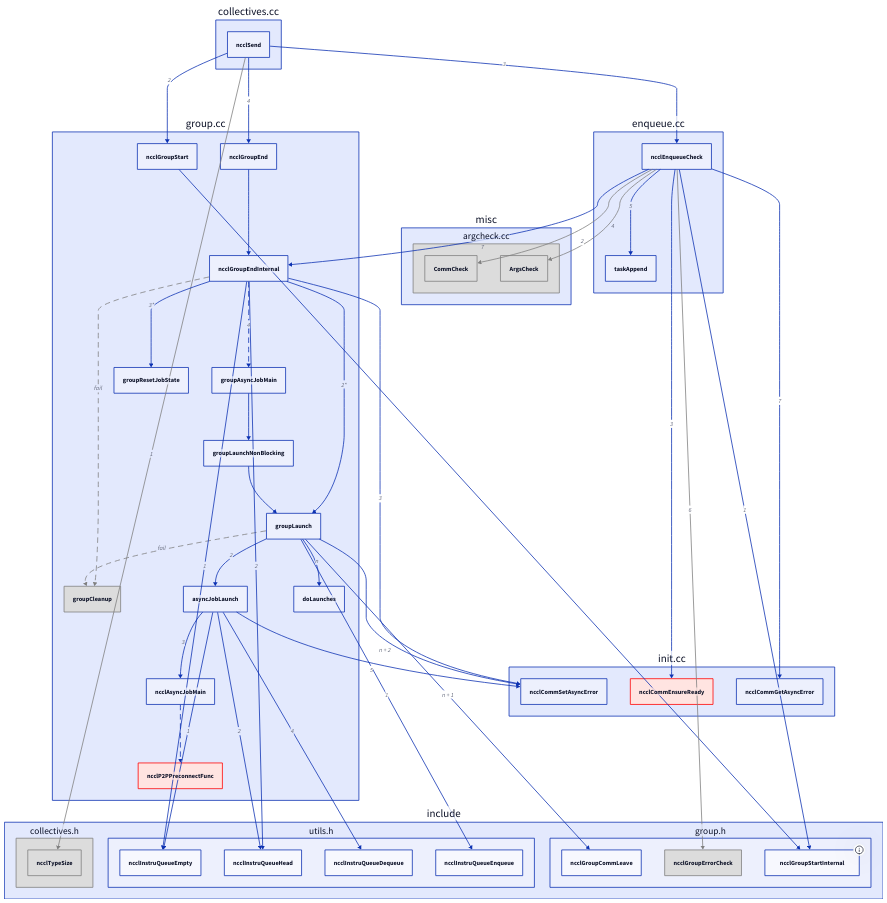
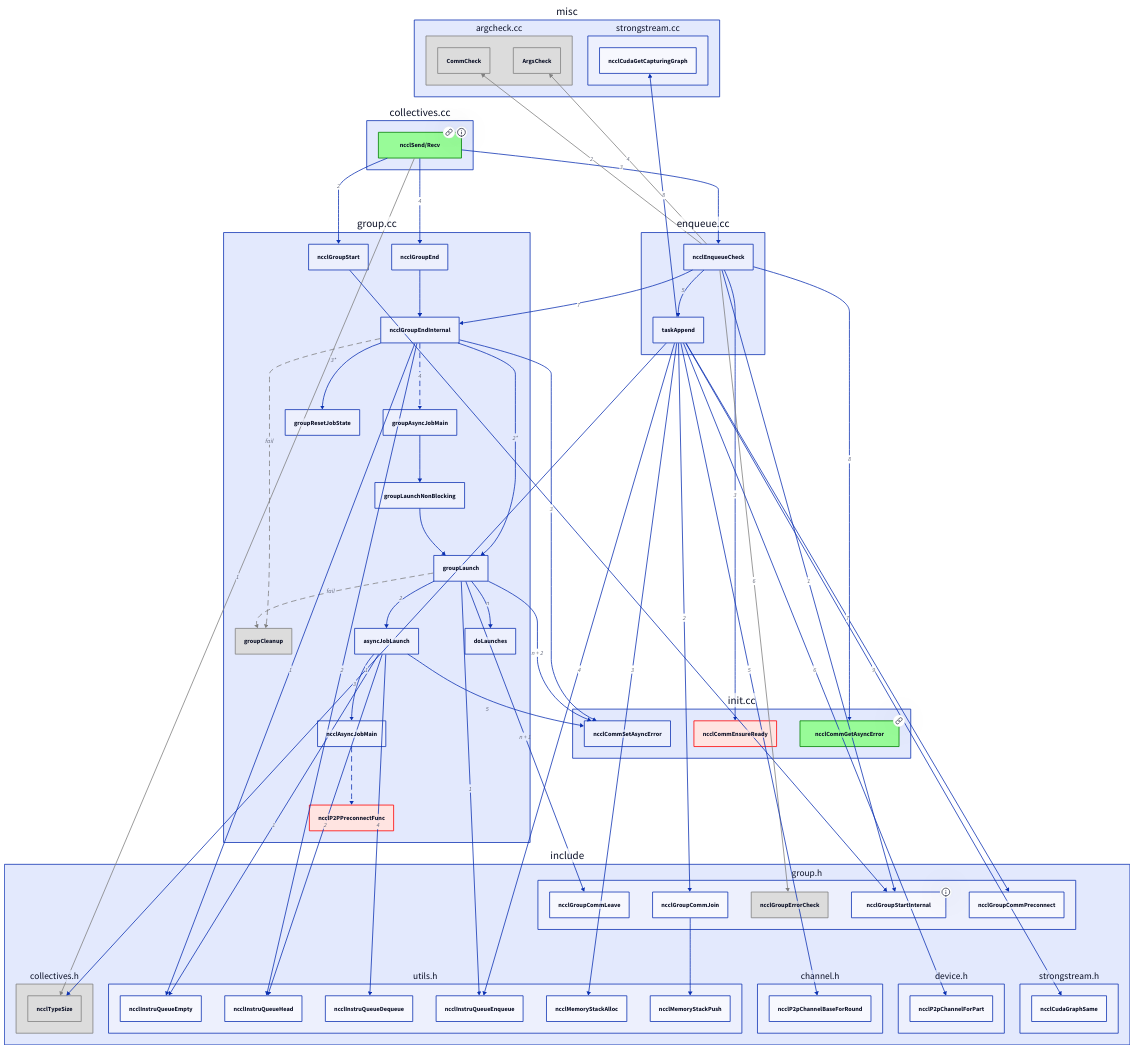
One commit to YconquestY/nccl changed the diagram in kernel.d2. Above: the diagram before and after it, drawn with D2. The commit also changed 1 other file, not shown here.

Commit message:
`ncclSend`/`ncclRecv` in progress

```diff
--- a/kernel.d2
+++ b/kernel.d2
@@ -1,138 +1,176 @@
 
 collectives\.cc: {
-    ncclSend
+    ncclSend/Recv: {tooltip: Blocking for GPU}
+    ncclSend/Recv: {
+        link: https://docs.nvidia.com/deeplearning/nccl/user-guide/docs/api/p2p.html
+    }
+    ncclSend/Recv.style.stroke: green
+    ncclSend/Recv.style.fill: palegreen
 }
-collectives\.cc.ncclSend -> include.collectives\.h.ncclTypeSize: 1 {
+collectives\.cc.ncclSend/Recv -> include.collectives\.h.ncclTypeSize: 1 {
     style: {
         stroke: gray
     }
 }
-collectives\.cc.ncclSend -> group\.cc.ncclGroupStart: 2
-collectives\.cc.ncclSend -> group\.cc.ncclGroupEnd: 4
-collectives\.cc.ncclSend -> enqueue\.cc.ncclEnqueueCheck: 3
+collectives\.cc.ncclSend/Recv -> group\.cc.ncclGroupStart: 2
+collectives\.cc.ncclSend/Recv -> group\.cc.ncclGroupEnd: 4
+collectives\.cc.ncclSend/Recv -> enqueue\.cc.ncclEnqueueCheck: 3
 
 # include/
 include: {
     near: bottom-center
 
+    utils\.h: {
+        ncclInstruQueueEmpty
+        ncclInstruQueueHead
+        ncclInstruQueueDequeue
+        ncclInstruQueueEnqueue
+        ncclMemoryStackAlloc
+        ncclMemoryStackPush
+    }
     collectives\.h: {
         ncclTypeSize.style.stroke: gray
         ncclTypeSize.style.fill: gainsboro
     }
     collectives\.h.style.stroke: gray
     collectives\.h.style.fill: gainsboro
 
-    utils\.h: {
-        ncclInstruQueueEmpty
-        ncclInstruQueueHead
-        ncclInstruQueueDequeue
-        ncclInstruQueueEnqueue
-    }
-
     group\.h: {
         ncclGroupCommLeave
+        ncclGroupCommJoin
 
         ncclGroupErrorCheck.style.stroke: gray
         ncclGroupErrorCheck.style.fill: gainsboro
 
         ncclGroupStartInternal: {tooltip: Increment per-thread `ncclGroupMode`}
+
+        ncclGroupCommPreconnect
+    }
+    channel\.h: {
+        ncclP2pChannelBaseForRound
+    }
+    device\.h: {
+        ncclP2pChannelForPart
+    }
+    strongstream\.h: {
+        ncclCudaGraphSame
     }
 }
+include.group\.h.ncclGroupCommJoin -> include.utils\.h.ncclMemoryStackPush
+
 group\.cc: {
     ncclGroupStart
 
     groupCleanup.style.stroke: gray
     groupCleanup.style.fill: gainsboro
     ncclGroupEndInternal -> groupCleanup: fail {
         style: {
             stroke: gray
             stroke-dash: 6
         }
     }
     ncclGroupEnd -> ncclGroupEndInternal
     ncclGroupEndInternal -> groupAsyncJobMain: 4 {
         style: {
             stroke-dash: 6
         }
     }
     ncclGroupEndInternal -> groupLaunch: 2*
     ncclGroupEndInternal -> groupResetJobState: 3*
 
     groupAsyncJobMain -> groupLaunchNonBlocking
     groupLaunchNonBlocking -> groupLaunch
     groupLaunch -> groupCleanup: fail {
         style: {
             stroke: gray
             stroke-dash: 6
         }
     }
     groupLaunch -> asyncJobLaunch: 2
     groupLaunch -> doLaunches: n
     
     asyncJobLaunch -> ncclAsyncJobMain: 3
     ncclAsyncJobMain -> ncclP2PPreconnectFunc: {
         style: {
             stroke-dash: 6
         }
     }
     ncclP2PPreconnectFunc.style.stroke: red
     ncclP2PPreconnectFunc.style.fill: mistyrose
 }
 group\.cc.ncclGroupEndInternal -> include.utils\.h.ncclInstruQueueEmpty: 1
 group\.cc.ncclGroupEndInternal -> include.utils\.h.ncclInstruQueueHead: 2
 group\.cc.ncclGroupEndInternal -> init\.cc.ncclCommSetAsyncError: 3
 group\.cc.groupLaunch -> init\.cc.ncclCommSetAsyncError: n + 2
 group\.cc.asyncJobLaunch -> init\.cc.ncclCommSetAsyncError: 5
 group\.cc.ncclGroupStart -> include.group\.h.ncclGroupStartInternal
 
 group\.cc.groupLaunch -> include.utils\.h.ncclInstruQueueEnqueue: 1
 group\.cc.groupLaunch -> include.group\.h.ncclGroupCommLeave: n + 1
 
 group\.cc.asyncJobLaunch -> include.utils\.h.ncclInstruQueueEmpty: 1
 group\.cc.asyncJobLaunch -> include.utils\.h.ncclInstruQueueHead: 2
 group\.cc.asyncJobLaunch -> include.utils\.h.ncclInstruQueueDequeue: 4
 
 enqueue\.cc: {
     ncclEnqueueCheck -> taskAppend: 5
 }
+enqueue\.cc.ncclEnqueueCheck -> include.group\.h.ncclGroupStartInternal: 1
+enqueue\.cc.ncclEnqueueCheck -> misc.argcheck\.cc.CommCheck: 2 {
+    style: {
+        stroke: gray
+    }
+}
+enqueue\.cc.ncclEnqueueCheck -> init\.cc.ncclCommEnsureReady: 3
+enqueue\.cc.ncclEnqueueCheck -> misc.argcheck\.cc.ArgsCheck: 4 {
+    style: {
+        stroke: gray
+    }
+}
 enqueue\.cc.ncclEnqueueCheck -> include.group\.h.ncclGroupErrorCheck: 6 {
     style: {
         stroke: gray
     }
 }
-enqueue\.cc.ncclEnqueueCheck -> misc.argcheck\.cc.CommCheck: 2 {
-    style: {
-        stroke: gray
-    }
-}
-enqueue\.cc.ncclEnqueueCheck -> misc.argcheck\.cc.ArgsCheck: 4 {
-    style: {
-        stroke: gray
-    }
-}
-enqueue\.cc.ncclEnqueueCheck -> include.group\.h.ncclGroupStartInternal: 1
 enqueue\.cc.ncclEnqueueCheck -> group\.cc.ncclGroupEndInternal: 7
-enqueue\.cc.ncclEnqueueCheck -> init\.cc.ncclCommEnsureReady: 3
-enqueue\.cc.ncclEnqueueCheck -> init\.cc.ncclCommGetAsyncError: 7
+enqueue\.cc.ncclEnqueueCheck -> init\.cc.ncclCommGetAsyncError: 8
+
+enqueue\.cc.taskAppend -> include.collectives\.h.ncclTypeSize: 1
+enqueue\.cc.taskAppend -> include.group\.h.ncclGroupCommJoin: 2
+enqueue\.cc.taskAppend -> include.utils\.h.ncclMemoryStackAlloc: 3
+enqueue\.cc.taskAppend -> include.utils\.h.ncclInstruQueueEnqueue: 4
+enqueue\.cc.taskAppend -> include.channel\.h.ncclP2pChannelBaseForRound: 5
+enqueue\.cc.taskAppend -> include.device\.h.ncclP2pChannelForPart: 6
+enqueue\.cc.taskAppend -> include.group\.h.ncclGroupCommPreconnect: 7
+enqueue\.cc.taskAppend -> misc.strongstream\.cc.ncclCudaGetCapturingGraph: 8
+enqueue\.cc.taskAppend -> include.strongstream\.h.ncclCudaGraphSame: 9
 
 init\.cc: {
     ncclCommSetAsyncError
-    ncclCommGetAsyncError
+    ncclCommGetAsyncError: {
+        link: 'https://docs.nvidia.com/deeplearning/nccl/user-guide/docs/api/comms.html#ncclcommgetasyncerror'
+    }
+    ncclCommGetAsyncError.style.stroke: green
+    ncclCommGetAsyncError.style.fill: palegreen
     
     ncclCommEnsureReady.style.stroke: red
     ncclCommEnsureReady.style.fill: mistyrose
 }
 
 # misc/
 misc: {
-    #near: center-right
+    near: top-center
     argcheck\.cc: {
         CommCheck.style.stroke: gray
         CommCheck.style.fill: gainsboro
 
         ArgsCheck.style.stroke: gray
         ArgsCheck.style.fill: gainsboro
     }
     argcheck\.cc.style.stroke: gray
     argcheck\.cc.style.fill: gainsboro
+
+    strongstream\.cc: {
+        ncclCudaGetCapturingGraph
+    }
 }
```
